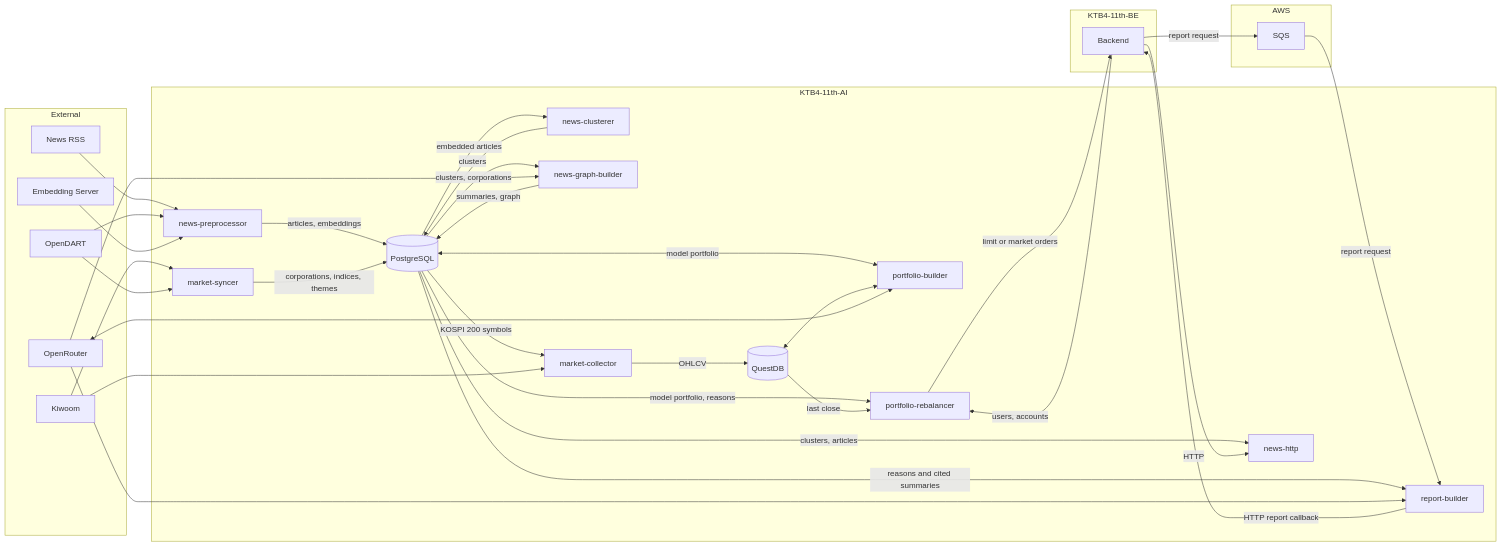
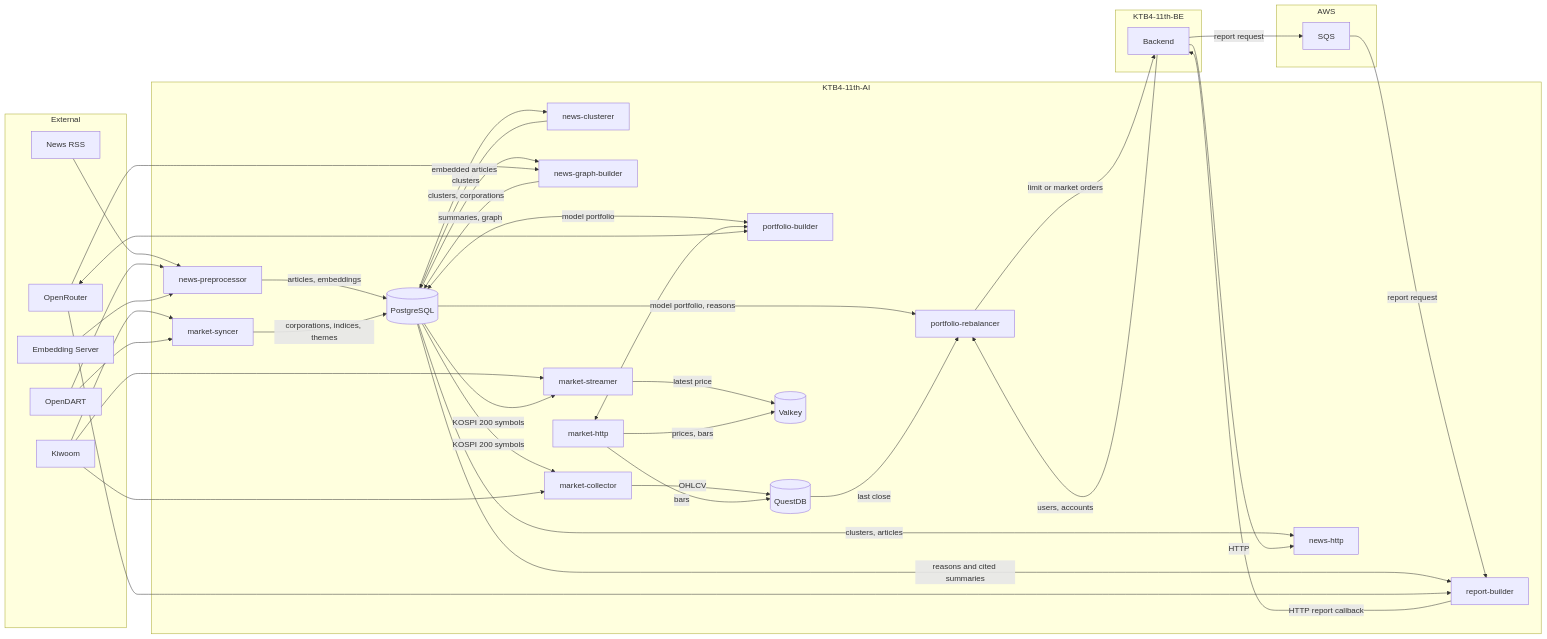
Before and after one commit to 100-hours-a-week/KTB4-11th-AI: the first of 3 diagrams in README.md, drawn with Mermaid. The commit also changed other lines of this file and 1 other file, not shown here.

Commit message:
docs: document market-streamer, market-http, and their settings

````diff
--- a/README.md
+++ b/README.md
@@ -7,66 +7,74 @@
 ```mermaid
 flowchart LR
     subgraph EXT["External"]
         NEWS["News RSS"]
         KIWOOM["Kiwoom"]
         DART["OpenDART"]
         EMB["Embedding Server"]
         OPENROUTER["OpenRouter"]
     end
 
     subgraph AI["KTB4-11th-AI"]
         NP["news-preprocessor"]
         NC["news-clusterer"]
         MS["market-syncer"]
         NGB["news-graph-builder"]
         NH["news-http"]
         MC["market-collector"]
+        MSTR["market-streamer"]
+        MH["market-http"]
         PB["portfolio-builder"]
         PR["portfolio-rebalancer"]
         RB["report-builder"]
         PG[("PostgreSQL")]
         QDB[("QuestDB")]
+        Valkey[("Valkey")]
     end
 
     subgraph BACKEND["KTB4-11th-BE"]
         BE["Backend"]
     end
 
     subgraph AWS["AWS"]
         SQS["SQS"]
     end
 
     NEWS --> NP
     DART --> NP
     EMB --> NP
     NP -->|articles, embeddings| PG
     PG -->|embedded articles| NC
     NC -->|clusters| PG
 
     KIWOOM --> MS
+    KIWOOM --> MSTR
     DART --> MS
     MS -->|corporations, indices, themes| PG
     PG -->|clusters, corporations| NGB
     OPENROUTER --> NGB
     NGB -->|summaries, graph| PG
     PG -->|clusters, articles| NH
     BE -->|HTTP| NH
 
     PG -->|KOSPI 200 symbols| MC
     KIWOOM --> MC
     MC -->|OHLCV| QDB
+    PG -->|KOSPI 200 symbols| MSTR
+    MSTR -->|latest price| Valkey
+    MH -->|prices, bars| Valkey
+    MH -->|bars| QDB
 
     PG <-->|model portfolio| PB
-    QDB <--> PB
+    MH <--> PB
     OPENROUTER <--> PB
 
     PG -->|model portfolio, reasons| PR
     QDB -->|last close| PR
     BE -->|users, accounts| PR
     PR -->|limit or market orders| BE
     BE -->|report request| SQS
     SQS -->|report request| RB
     PG -->|reasons and cited summaries| RB
     OPENROUTER --> RB
     RB -->|HTTP report callback| BE
 ```
````
